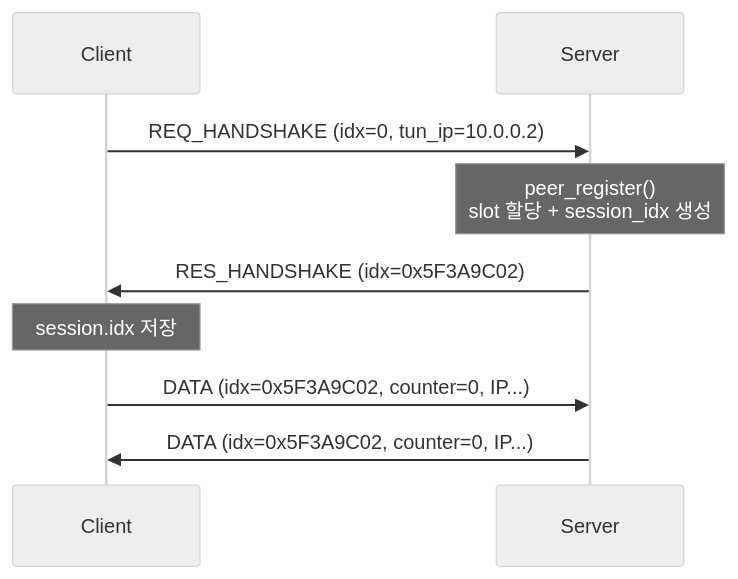
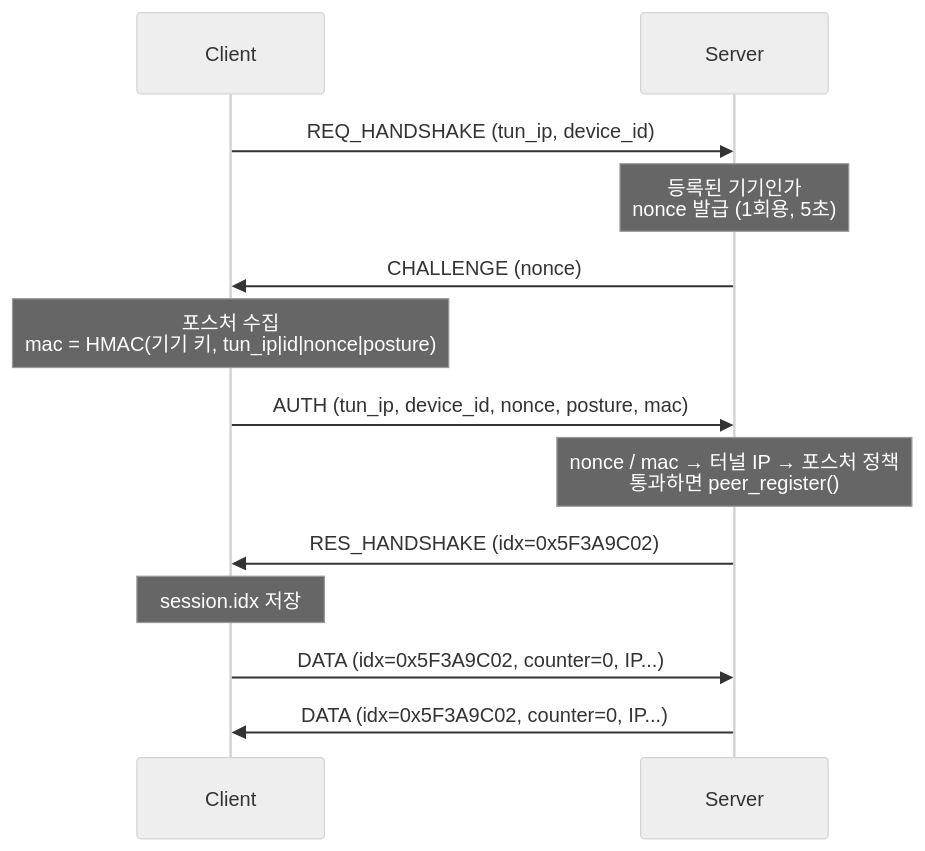
One commit to k1msatgat/my_vpn changed the first of 2 diagrams in README.md. Above: the diagram before and after it, drawn with Mermaid (neutral theme). The commit also changed other lines of this file and 2 other files, not shown here.

First line of the commit message:
문서: 서버의 기기 인증 / 포스처 정책 반영

````diff
--- a/README.md
+++ b/README.md
@@ -78,11 +88,15 @@
 ```mermaid
 sequenceDiagram
     participant C as Client
     participant S as Server
-    C->>S: REQ_HANDSHAKE (idx=0, tun_ip=10.0.0.2)
-    Note over S: peer_register()<br/>slot 할당 + session_idx 생성
+    C->>S: REQ_HANDSHAKE (tun_ip, device_id)
+    Note over S: 등록된 기기인가<br/>nonce 발급 (1회용, 5초)
+    S->>C: CHALLENGE (nonce)
+    Note over C: 포스처 수집<br/>mac = HMAC(기기 키, tun_ip|id|nonce|posture)
+    C->>S: AUTH (tun_ip, device_id, nonce, posture, mac)
+    Note over S: nonce / mac → 터널 IP → 포스처 정책<br/>통과하면 peer_register()
     S->>C: RES_HANDSHAKE (idx=0x5F3A9C02)
     Note over C: session.idx 저장
     C->>S: DATA (idx=0x5F3A9C02, counter=0, IP...)
     S->>C: DATA (idx=0x5F3A9C02, counter=0, IP...)
 ```
````
